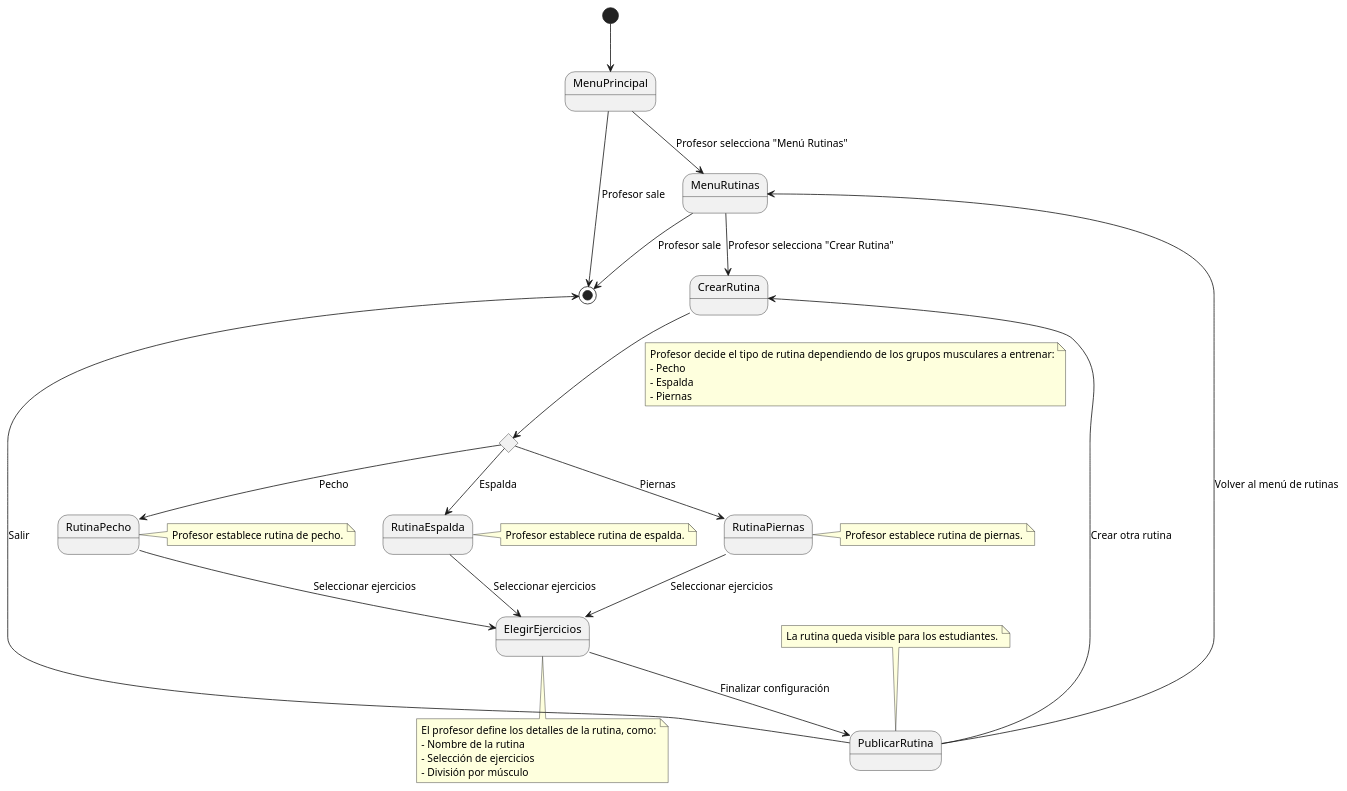
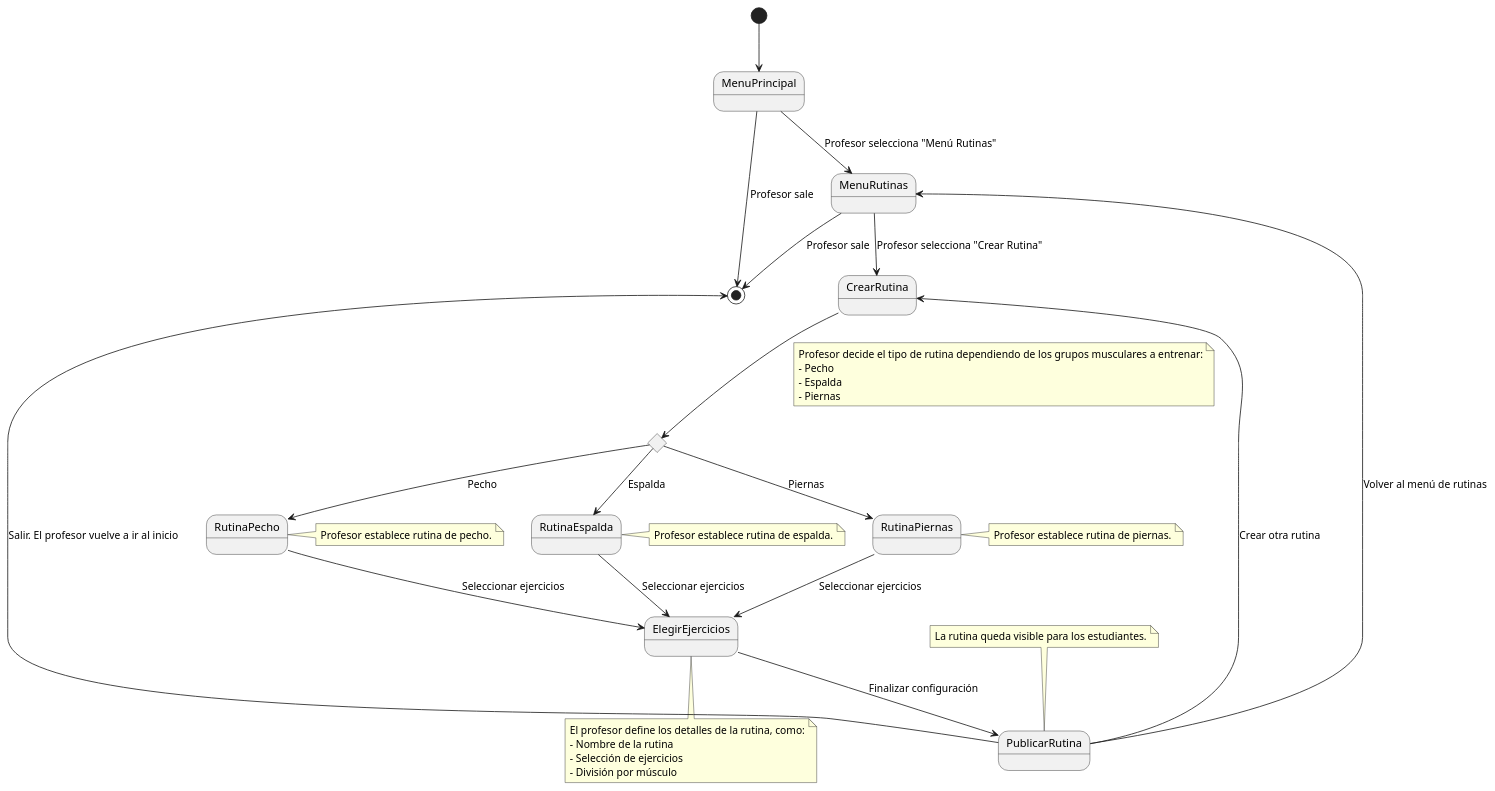
Before and after one commit to mmasias/24-25-IdSw1-SDR: the diagram in Documentos/DetallarCasosDeUso/CrearRutinas.puml, drawn with PlantUML. The commit also changed 5 other files, not shown here.

```diff
--- a/Documentos/DetallarCasosDeUso/CrearRutinas.puml
+++ b/Documentos/DetallarCasosDeUso/CrearRutinas.puml
@@ -1,56 +1,56 @@
 @startuml
 
 [*] --> MenuPrincipal
 
 MenuPrincipal -d-> MenuRutinas : Profesor selecciona "Menú Rutinas"
 MenuPrincipal --> [*] : Profesor sale
 
 MenuRutinas -d-> CrearRutina : Profesor selecciona "Crear Rutina"
 MenuRutinas -d-> [*] : Profesor sale
 
 state TipoDeRutina <<choice>>
 CrearRutina -d-> TipoDeRutina
 note on link
     Profesor decide el tipo de rutina dependiendo de los grupos musculares a entrenar:
     - Pecho
     - Espalda
     - Piernas
 end note
 
 TipoDeRutina -d-> RutinaPecho : Pecho
 note right of RutinaPecho
     Profesor establece rutina de pecho.
 end note
 
 TipoDeRutina -d-> RutinaEspalda : Espalda
 note right of RutinaEspalda
     Profesor establece rutina de espalda.
 end note
 
 TipoDeRutina -d-> RutinaPiernas : Piernas
 note right of RutinaPiernas
     Profesor establece rutina de piernas.
 end note
 
 RutinaPecho --> ElegirEjercicios : Seleccionar ejercicios
 RutinaEspalda --> ElegirEjercicios : Seleccionar ejercicios
 RutinaPiernas --> ElegirEjercicios : Seleccionar ejercicios
 
 note bottom of ElegirEjercicios
     El profesor define los detalles de la rutina, como:
     - Nombre de la rutina
     - Selección de ejercicios
     - División por músculo
 end note
 
 ElegirEjercicios -d-> PublicarRutina : Finalizar configuración
 
 note top of PublicarRutina
     La rutina queda visible para los estudiantes.
 end note
 
 PublicarRutina -u-> CrearRutina : Crear otra rutina
 PublicarRutina -u-> MenuRutinas : Volver al menú de rutinas
-PublicarRutina -u-> [*] : Salir
+PublicarRutina -u-> [*] : Salir. El profesor vuelve a ir al inicio
 
 @enduml
```
